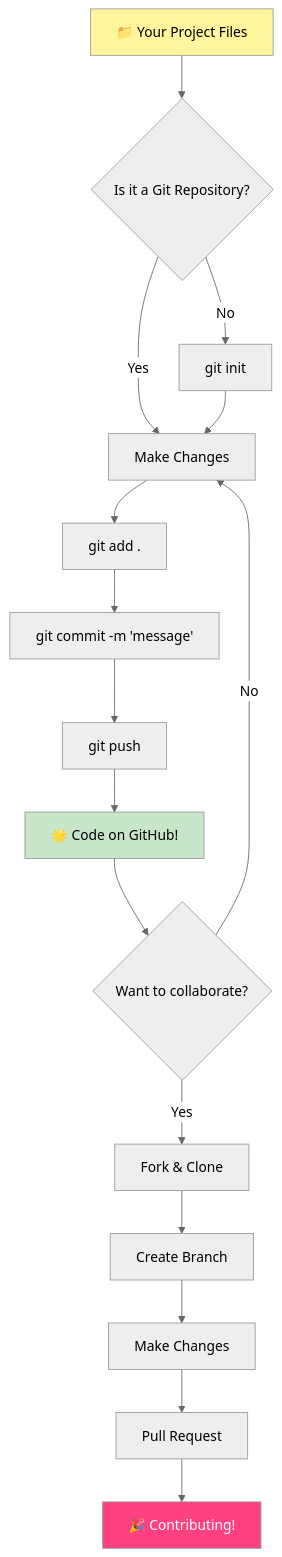
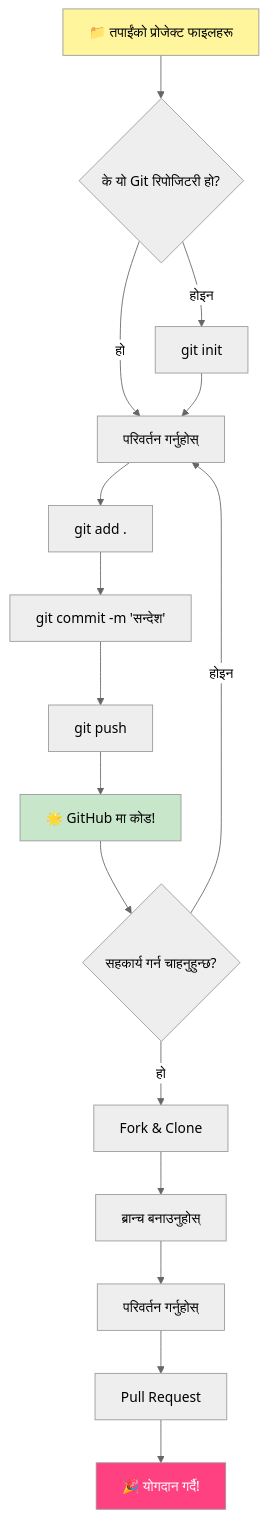
Before and after one commit to microsoft/Web-Dev-For-Beginners: the second of 7 diagrams in translations/ne/1-getting-started-lessons/2-github-basics/README.md, drawn with Mermaid (neutral theme). The commit also changed other lines of this file and 11 other files, not shown here.

````diff
--- a/translations/ne/1-getting-started-lessons/2-github-basics/README.md
+++ b/translations/ne/1-getting-started-lessons/2-github-basics/README.md
@@ -131,23 +130,23 @@
 ```mermaid
 flowchart TD
-    A[📁 Your Project Files] --> B{Is it a Git Repository?}
-    B -->|No| C[git init]
-    B -->|Yes| D[Make Changes]
+    A[📁 तपाईंको प्रोजेक्ट फाइलहरू] --> B{के यो Git रिपोजिटरी हो?}
+    B -->|होइन| C[git init]
+    B -->|हो| D[परिवर्तन गर्नुहोस्]
     C --> D
     D --> E[git add .]
-    E --> F["git commit -m 'message'"]
+    E --> F["git commit -m 'सन्देश'"]
     F --> G[git push]
-    G --> H[🌟 Code on GitHub!]
+    G --> H[🌟 GitHub मा कोड!]
     
-    H --> I{Want to collaborate?}
-    I -->|Yes| J[Fork & Clone]
-    I -->|No| D
-    J --> K[Create Branch]
-    K --> L[Make Changes]
+    H --> I{सहकार्य गर्न चाहनुहुन्छ?}
+    I -->|हो| J[Fork & Clone]
+    I -->|होइन| D
+    J --> K[ब्रान्च बनाउनुहोस्]
+    K --> L[परिवर्तन गर्नुहोस्]
     L --> M[Pull Request]
-    M --> N[🎉 Contributing!]
+    M --> N[🎉 योगदान गर्दै!]
     
     style A fill:#fff59d
     style H fill:#c8e6c9
     style N fill:#ff4081,color:#fff
 ```
````
